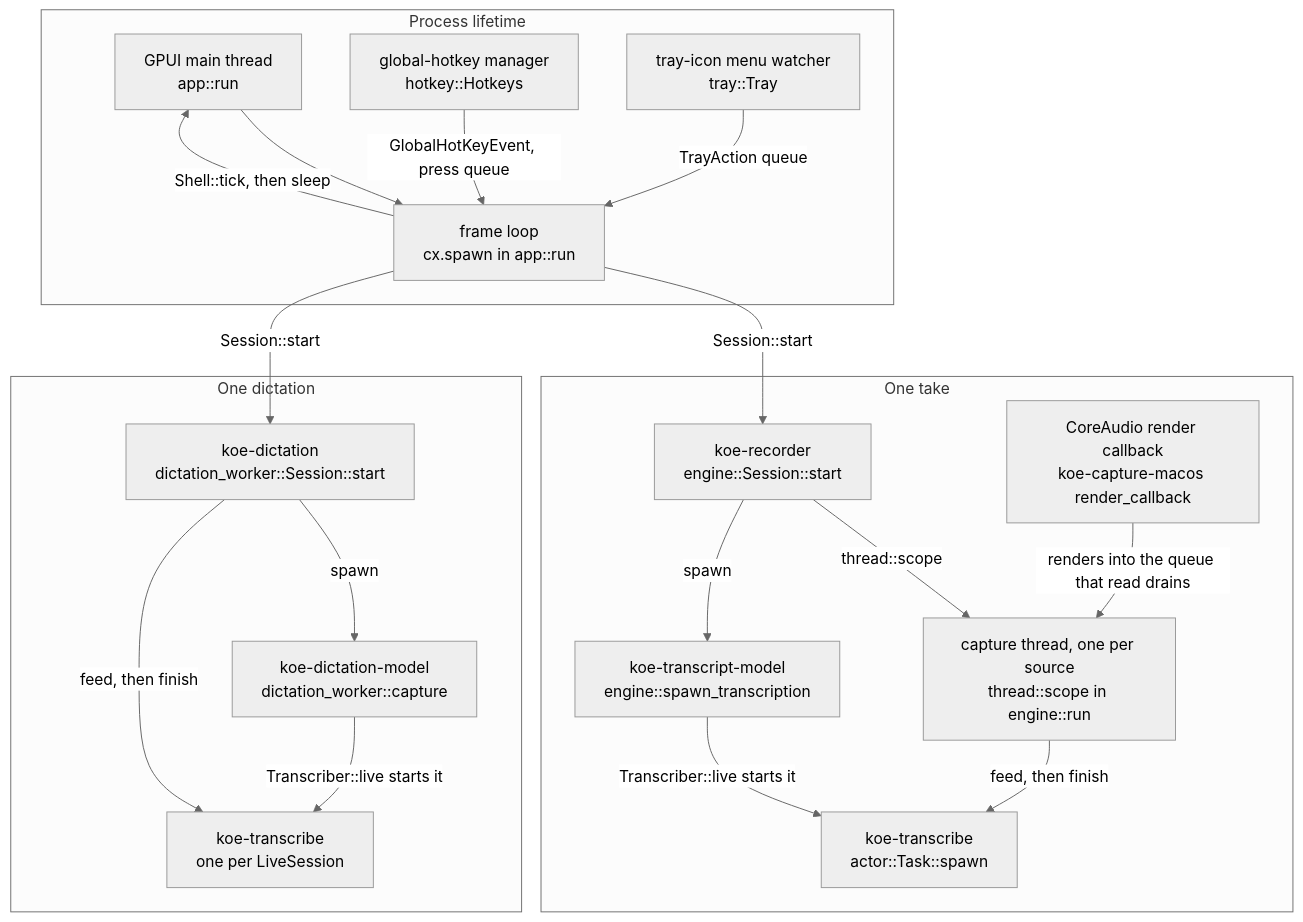
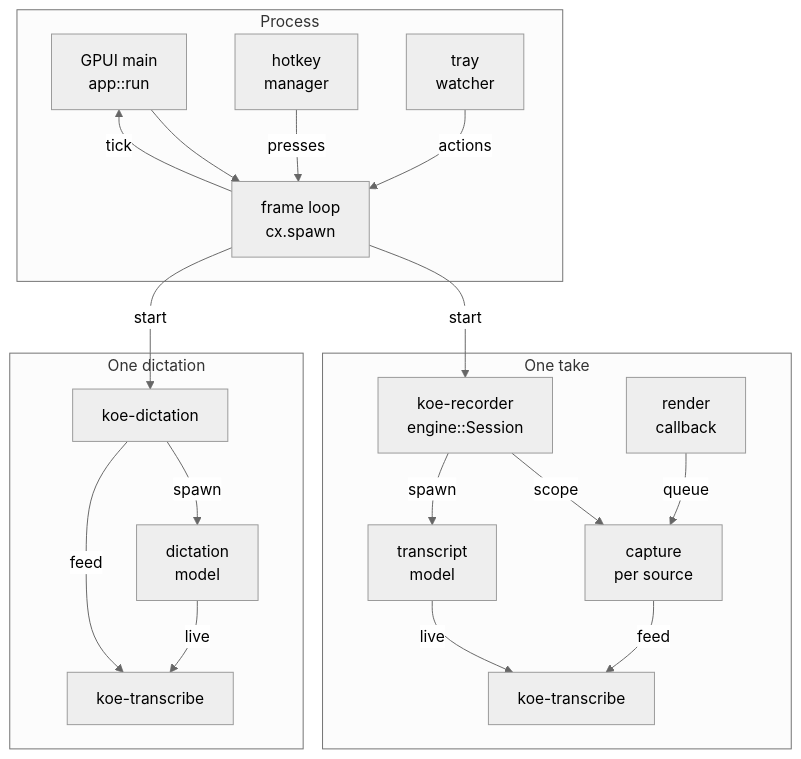
One commit to mokmok-dev/koe changed the first of 6 diagrams in apps/koe-desktop/ARCHITECTURE.md. Above: the diagram before and after it, drawn with Mermaid (neutral theme). The commit also changed other lines of this file, not shown here.

First line of the commit message:
docs(desktop): keep every diagram inside GitHub's column

````diff
--- a/apps/koe-desktop/ARCHITECTURE.md
+++ b/apps/koe-desktop/ARCHITECTURE.md
@@ -32,40 +34,38 @@
 ```mermaid
 flowchart TD
-    subgraph proc["Process lifetime"]
-        UI["GPUI main thread<br/>app::run"]
-        LOOP["frame loop<br/>cx.spawn in app::run"]
-        HK["global-hotkey manager<br/>hotkey::Hotkeys"]
-        TRAY["tray-icon menu watcher<br/>tray::Tray"]
+    subgraph proc["Process"]
+        UI["GPUI main<br/>app::run"]
+        LOOP["frame loop<br/>cx.spawn"]
+        HK["hotkey<br/>manager"]
+        TRAY["tray<br/>watcher"]
     end
 
     subgraph take["One take"]
-        REC["koe-recorder<br/>engine::Session::start"]
-        SRC["capture thread, one per source<br/>thread::scope in engine::run"]
-        MODEL["koe-transcript-model<br/>engine::spawn_transcription"]
-        TR["koe-transcribe<br/>actor::Task::spawn"]
-        HAL["CoreAudio render callback<br/>koe-capture-macos render_callback"]
+        REC["koe-recorder<br/>engine::Session"]
+        SRC["capture<br/>per source"]
+        MODEL["transcript<br/>model"]
+        TR["koe-transcribe"]
+        HAL["render<br/>callback"]
     end
 
     subgraph dict["One dictation"]
-        DICT["koe-dictation<br/>dictation_worker::Session::start"]
-        DMODEL["koe-dictation-model<br/>dictation_worker::capture"]
-        DTR["koe-transcribe<br/>one per LiveSession"]
+        DICT["koe-dictation"]
+        DMODEL["dictation<br/>model"]
+        DTR["koe-transcribe"]
     end
 
     UI --> LOOP
-    LOOP -->|"Shell::tick, then sleep"| UI
-    LOOP -->|"Session::start"| REC
-    LOOP -->|"Session::start"| DICT
-    HK -->|"GlobalHotKeyEvent, press queue"| LOOP
-    TRAY -->|"TrayAction queue"| LOOP
-
-    REC -->|"thread::scope"| SRC
+    LOOP -->|"tick"| UI
+    HK -->|"presses"| LOOP
+    TRAY -->|"actions"| LOOP
+    LOOP -->|"start"| REC
+    LOOP -->|"start"| DICT
+    REC -->|"scope"| SRC
     REC -->|"spawn"| MODEL
-    MODEL -->|"Transcriber::live starts it"| TR
-    SRC -->|"feed, then finish"| TR
-    HAL -->|"renders into the queue that read drains"| SRC
-
+    MODEL -->|"live"| TR
+    SRC -->|"feed"| TR
+    HAL -->|"queue"| SRC
     DICT -->|"spawn"| DMODEL
-    DMODEL -->|"Transcriber::live starts it"| DTR
-    DICT -->|"feed, then finish"| DTR
+    DMODEL -->|"live"| DTR
+    DICT -->|"feed"| DTR
 ```
````
